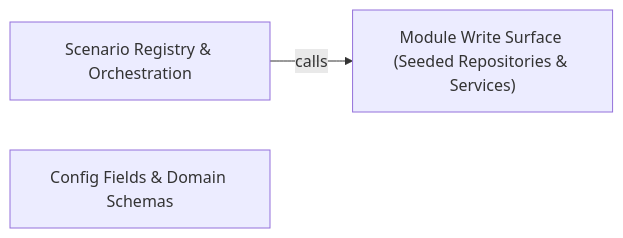
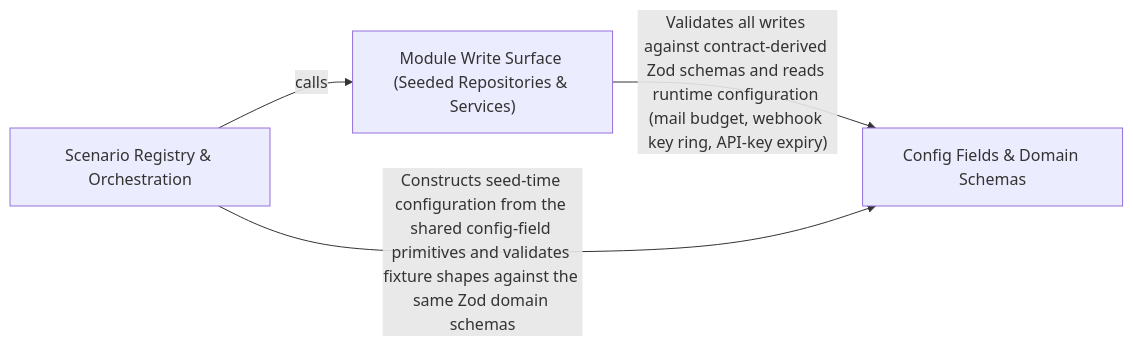
One commit to Guebbit/boilerplate-node-backend changed the diagram in .2brain/arch/Scenario_Seed_Core_Registry.md. Above: the diagram before and after it, drawn with Mermaid. The commit also changed other lines of this file and 627 other files, not shown here.

````diff
--- a/.2brain/arch/Scenario_Seed_Core_Registry.md
+++ b/.2brain/arch/Scenario_Seed_Core_Registry.md
@@ -10,7 +10,9 @@
 ```mermaid
 graph LR
     Module_Write_Surface_Seeded_Repositories_Services_["Module Write Surface (Seeded Repositories & Services)"]
     Scenario_Registry_Orchestration["Scenario Registry & Orchestration"]
     Config_Fields_Domain_Schemas["Config Fields & Domain Schemas"]
+    Module_Write_Surface_Seeded_Repositories_Services_ -- "Validates all writes against contract-derived Zod schemas and reads runtime configuration (mail budget, webhook key ring, API-key expiry)" --> Config_Fields_Domain_Schemas
     Scenario_Registry_Orchestration -- "calls" --> Module_Write_Surface_Seeded_Repositories_Services_
+    Scenario_Registry_Orchestration -- "Constructs seed-time configuration from the shared config-field primitives and validates fixture shapes against the same Zod domain schemas" --> Config_Fields_Domain_Schemas
 ```
````
